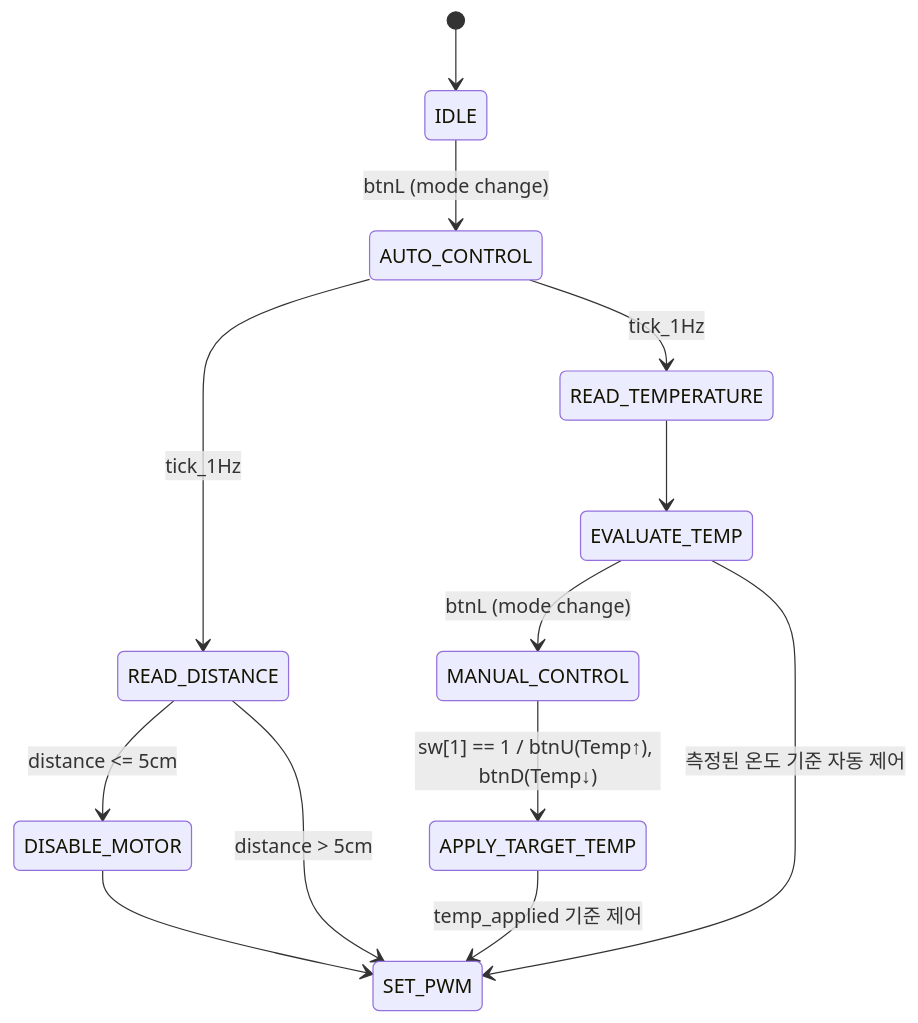
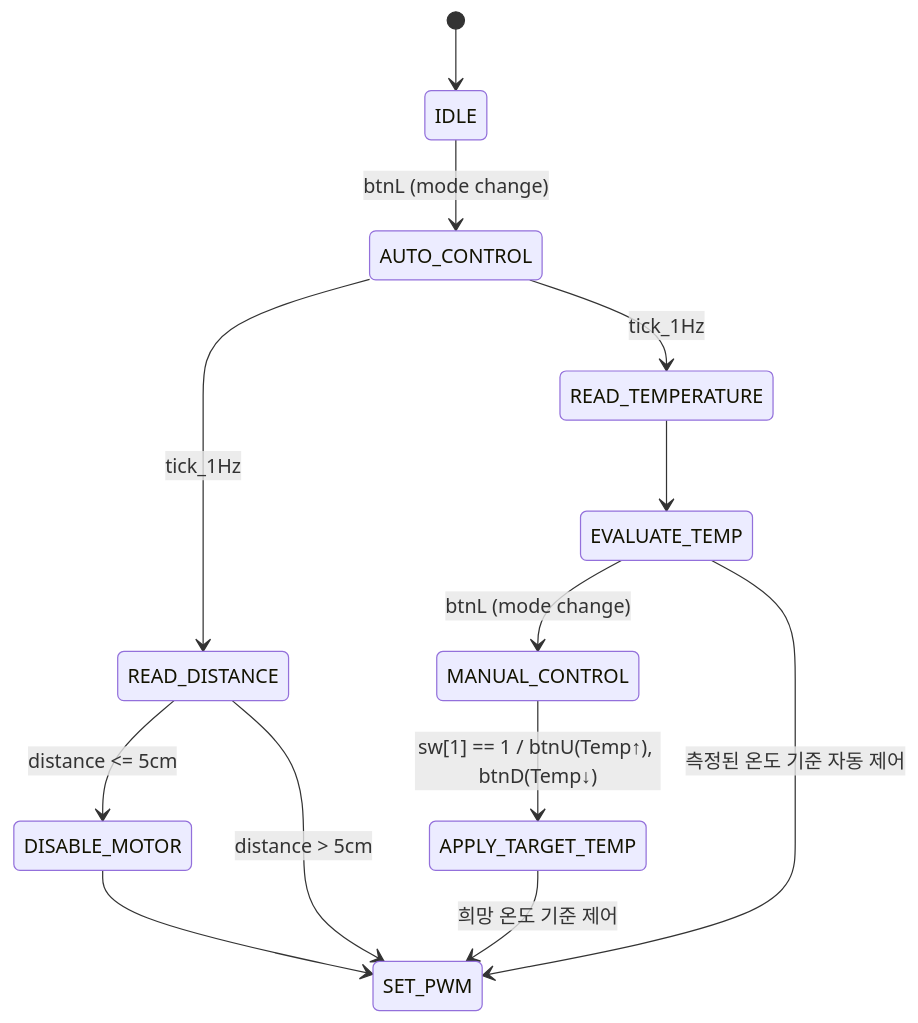
One commit to SE0NGH0/AI_Verilog_HDL changed the third of 5 diagrams in 15.BESPOKE/README.md. Above: the diagram before and after it, drawn with Mermaid.

````diff
--- a/15.BESPOKE/README.md
+++ b/15.BESPOKE/README.md
@@ -94,15 +94,15 @@
 ```mermaid
 stateDiagram-v2
     [*] --> IDLE
     IDLE --> AUTO_CONTROL: btnL (mode change)
     AUTO_CONTROL --> READ_DISTANCE: tick_1Hz
     AUTO_CONTROL --> READ_TEMPERATURE: tick_1Hz
     READ_DISTANCE --> DISABLE_MOTOR: distance <= 5cm
     READ_DISTANCE --> SET_PWM: distance > 5cm
     READ_TEMPERATURE --> EVALUATE_TEMP
     EVALUATE_TEMP --> MANUAL_CONTROL: btnL (mode change)
     MANUAL_CONTROL --> APPLY_TARGET_TEMP: sw[1] == 1 / btnU(Temp↑), btnD(Temp↓)
-    APPLY_TARGET_TEMP --> SET_PWM: temp_applied 기준 제어
+    APPLY_TARGET_TEMP --> SET_PWM: 희망 온도 기준 제어
     EVALUATE_TEMP --> SET_PWM: 측정된 온도 기준 자동 제어
     DISABLE_MOTOR --> SET_PWM
 ```
````
